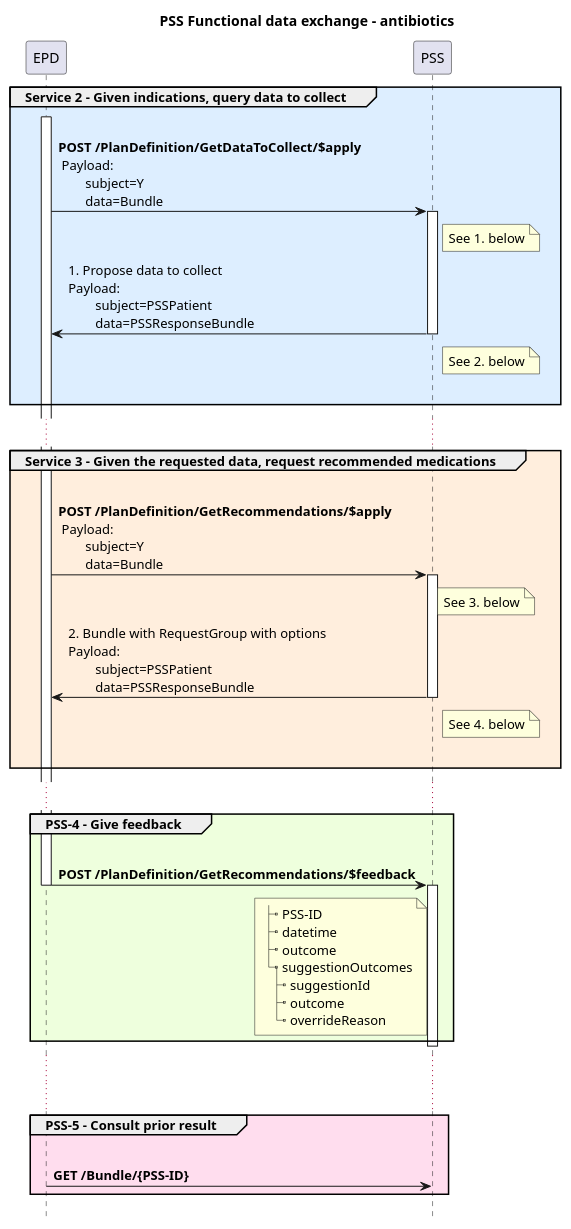
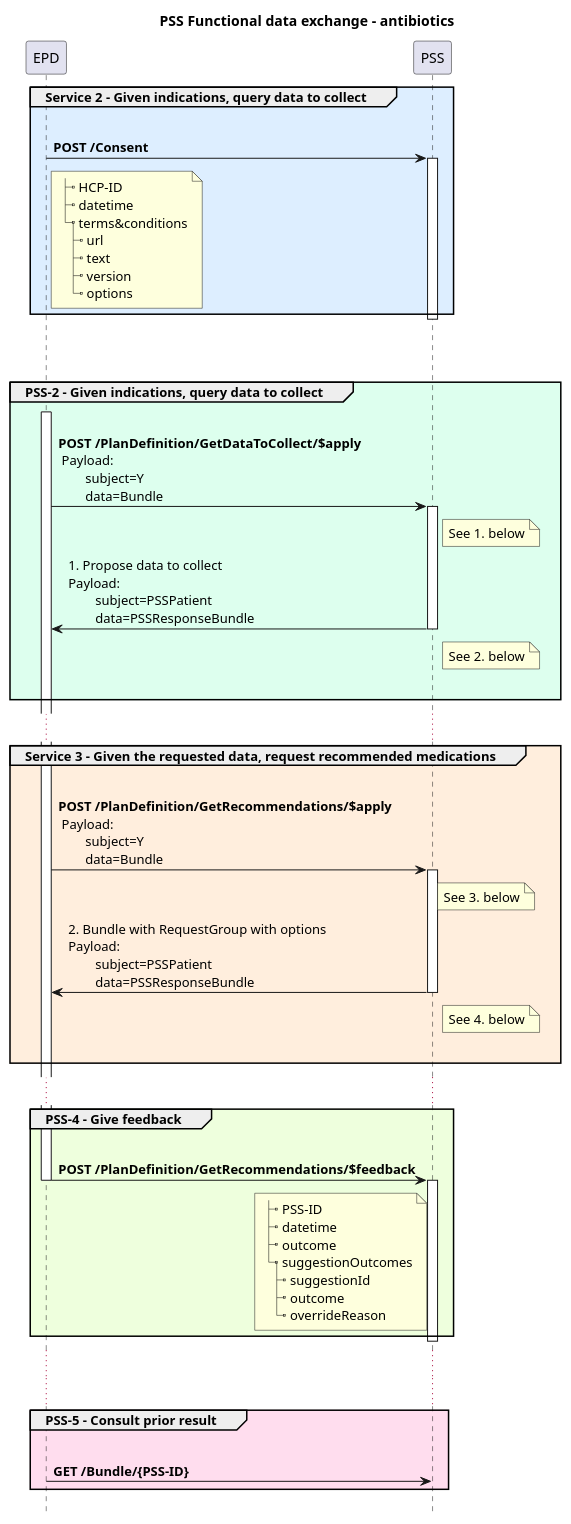
One commit to hl7-be/pss changed the diagram in input/images-source/pss-flow-antimicrobiology.plantuml. Above: the diagram before and after it, drawn with PlantUML. The commit also changed 3 other files, not shown here.

```diff
--- a/input/images-source/pss-flow-antimicrobiology.plantuml
+++ b/input/images-source/pss-flow-antimicrobiology.plantuml
@@ -1,60 +1,83 @@
 @startuml
 !pragma teoz true
 Title PSS Functional data exchange - antibiotics
 hide footbox
 
 
 group #def Service 2 - Given indications, query data to collect
+
+        EPD -> PSS : \n**POST /Consent**
+        activate PSS
+        note right of EPD
+|_ HCP-ID
+|_ datetime
+|_ terms&conditions
+  |_ url
+  |_ text
+  |_ version
+  |_ options
+        end note
+        deactivate EPD
+        deactivate PSS
+end
+|||
+|||
+
+group #dfe PSS-2 - Given indications, query data to collect
         Activate EPD
         EPD -> PSS : \n**POST /PlanDefinition/GetDataToCollect/$apply**\n Payload:\n        subject=Y\n        data=Bundle
         Activate PSS
         note right of PSS
 See 1. below
         end note
 
         PSS -> EPD: 1. Propose data to collect\nPayload:\n        subject=PSSPatient\n        data=PSSResponseBundle
         note right of PSS
 See 2. below
         end note
         deactivate PSS
         |||
+'        Deactivate EPD
 end
 ...
 group #fed Service 3 - Given the requested data, request recommended medications
         EPD -> PSS : \n**POST /PlanDefinition/GetRecommendations/$apply**\n Payload:\n        subject=Y\n        data=Bundle
+'        activate EPD
         note right of PSS
 See 3. below
         end note
         activate PSS
         PSS -> EPD: 2. Bundle with RequestGroup with options\nPayload:\n        subject=PSSPatient\n        data=PSSResponseBundle
         note right of PSS
 See 4. below
         end note
         deactivate PSS
         |||
+'        Deactivate EPD
 
 end
 ...
 group #efd PSS-4 - Give feedback
         EPD -> PSS : \n**POST /PlanDefinition/GetRecommendations/$feedback**
 '        activate EPD
         note left of PSS
 |_ PSS-ID
 |_ datetime
 |_ outcome
 |_ suggestionOutcomes
   |_ suggestionId
   |_ outcome
   |_ overrideReason
         end note
         deactivate EPD
         activate PSS
         deactivate PSS
 end
 ...
 ...
 group #fde PSS-5 - Consult prior result
 EPD -> PSS : \n**GET /Bundle/{PSS-ID}**
 '        activate EPD
+end
 
 @enduml
```
